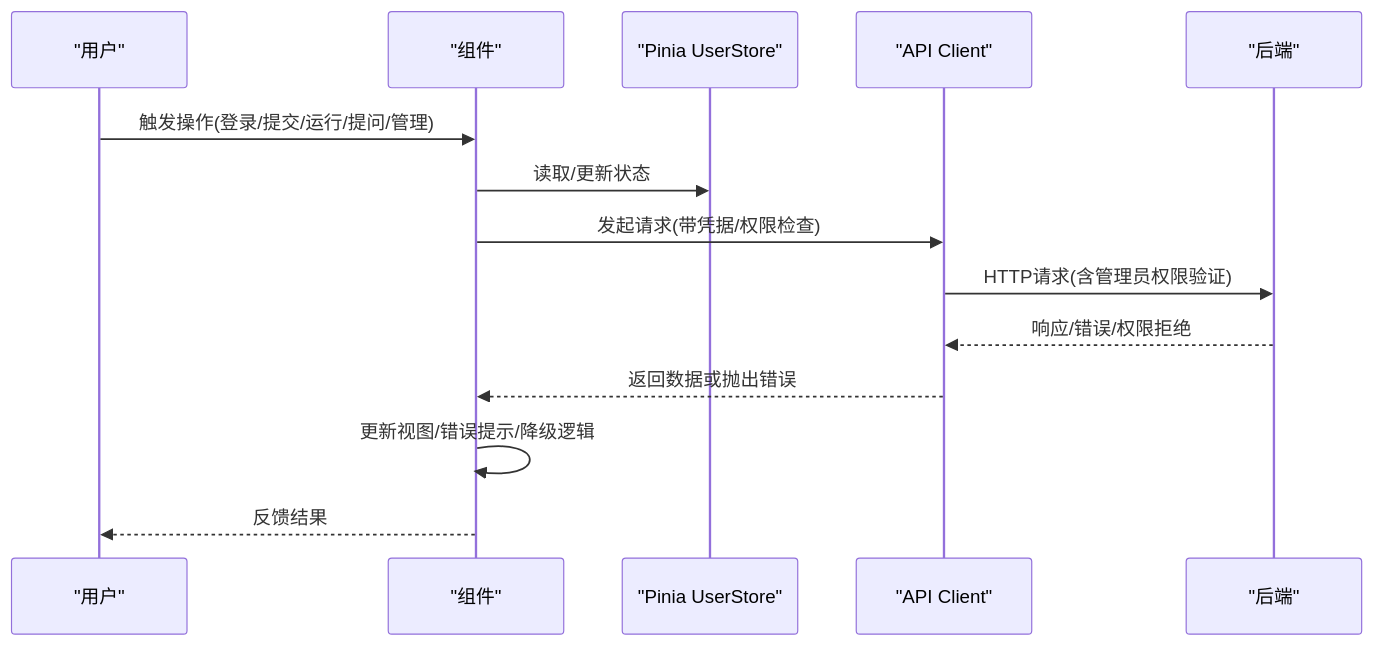
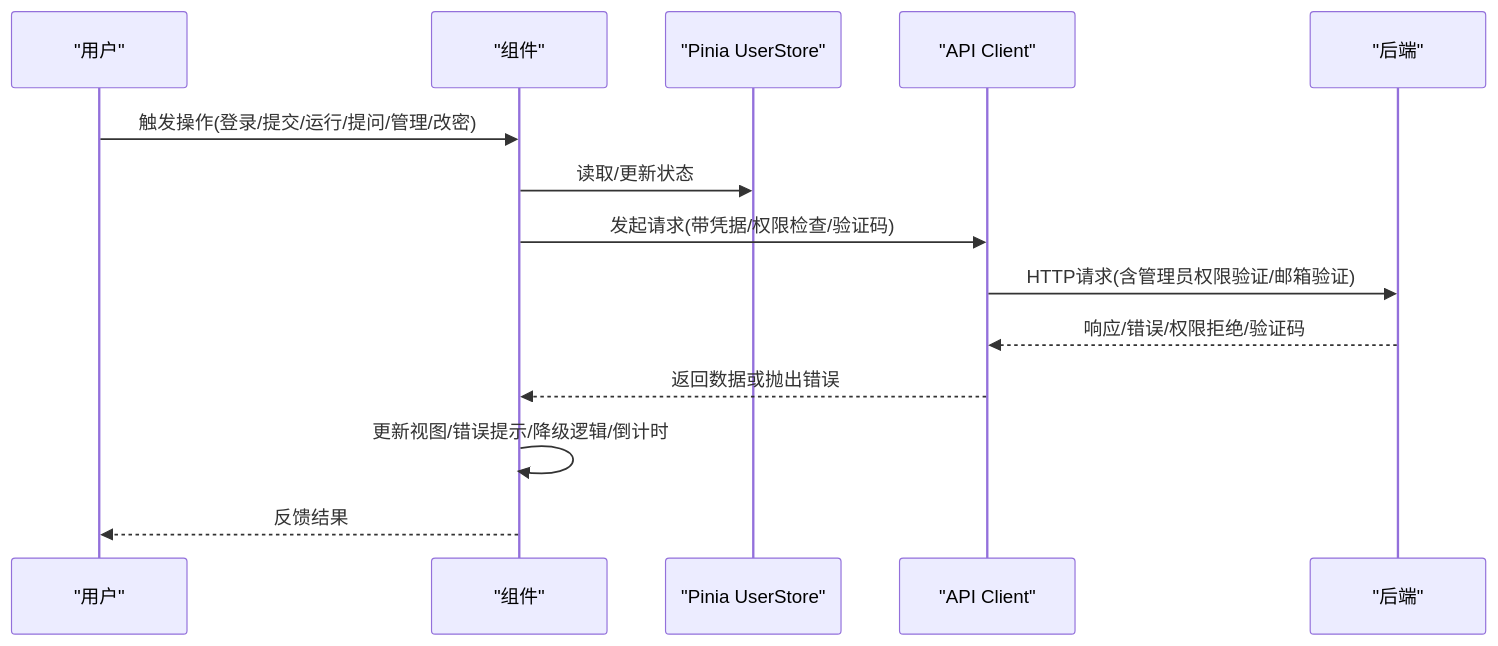
One commit to huangman881112/aiforip changed the second of 11 diagrams in .qoder/repowiki/zh/content/前端组件文档/用户界面组件/用户界面组件.md. Above: the diagram before and after it, drawn with Mermaid. The commit also changed other lines of this file and 87 other files, not shown here.

````diff
--- a/.qoder/repowiki/zh/content/前端组件文档/用户界面组件/用户界面组件.md
+++ b/.qoder/repowiki/zh/content/前端组件文档/用户界面组件/用户界面组件.md
@@ -135,16 +136,16 @@
 ```mermaid
 sequenceDiagram
 participant U as "用户"
 participant C as "组件"
 participant S as "Pinia UserStore"
 participant A as "API Client"
 participant B as "后端"
-U->>C : 触发操作(登录/提交/运行/提问/管理)
+U->>C : 触发操作(登录/提交/运行/提问/管理/改密)
 C->>S : 读取/更新状态
-C->>A : 发起请求(带凭据/权限检查)
-A->>B : HTTP请求(含管理员权限验证)
-B-->>A : 响应/错误/权限拒绝
+C->>A : 发起请求(带凭据/权限检查/验证码)
+A->>B : HTTP请求(含管理员权限验证/邮箱验证)
+B-->>A : 响应/错误/权限拒绝/验证码
 A-->>C : 返回数据或抛出错误
-C->>C : 更新视图/错误提示/降级逻辑
+C->>C : 更新视图/错误提示/降级逻辑/倒计时
 C-->>U : 反馈结果
 ```
````
